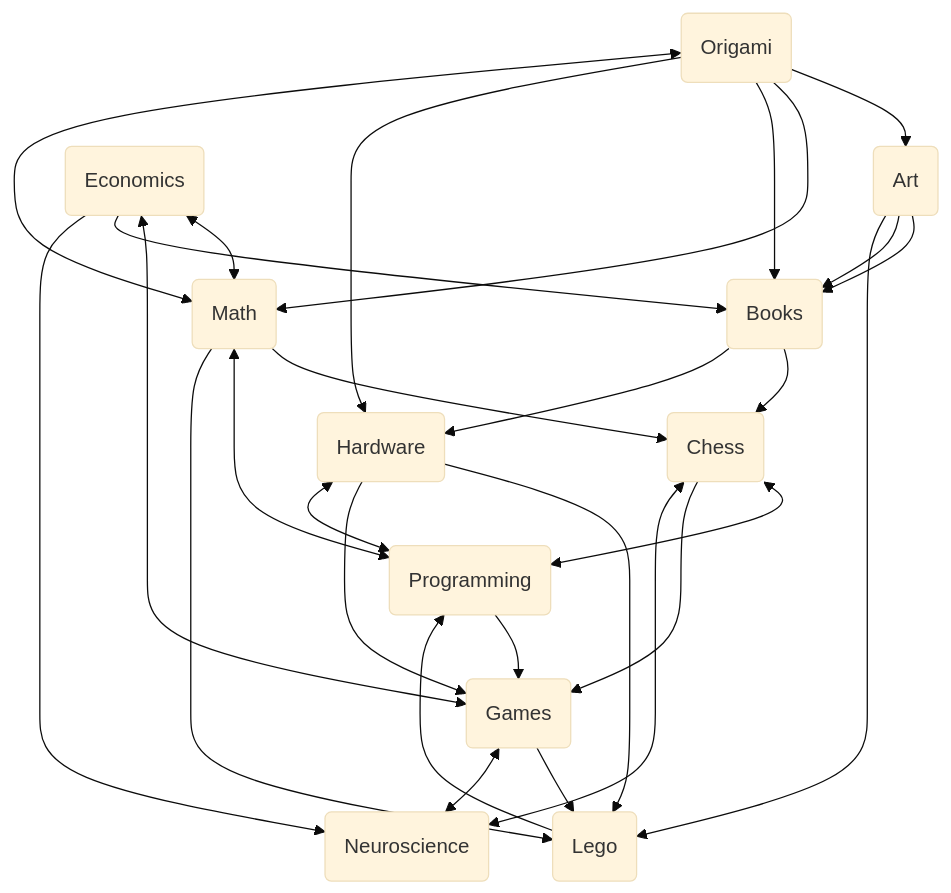
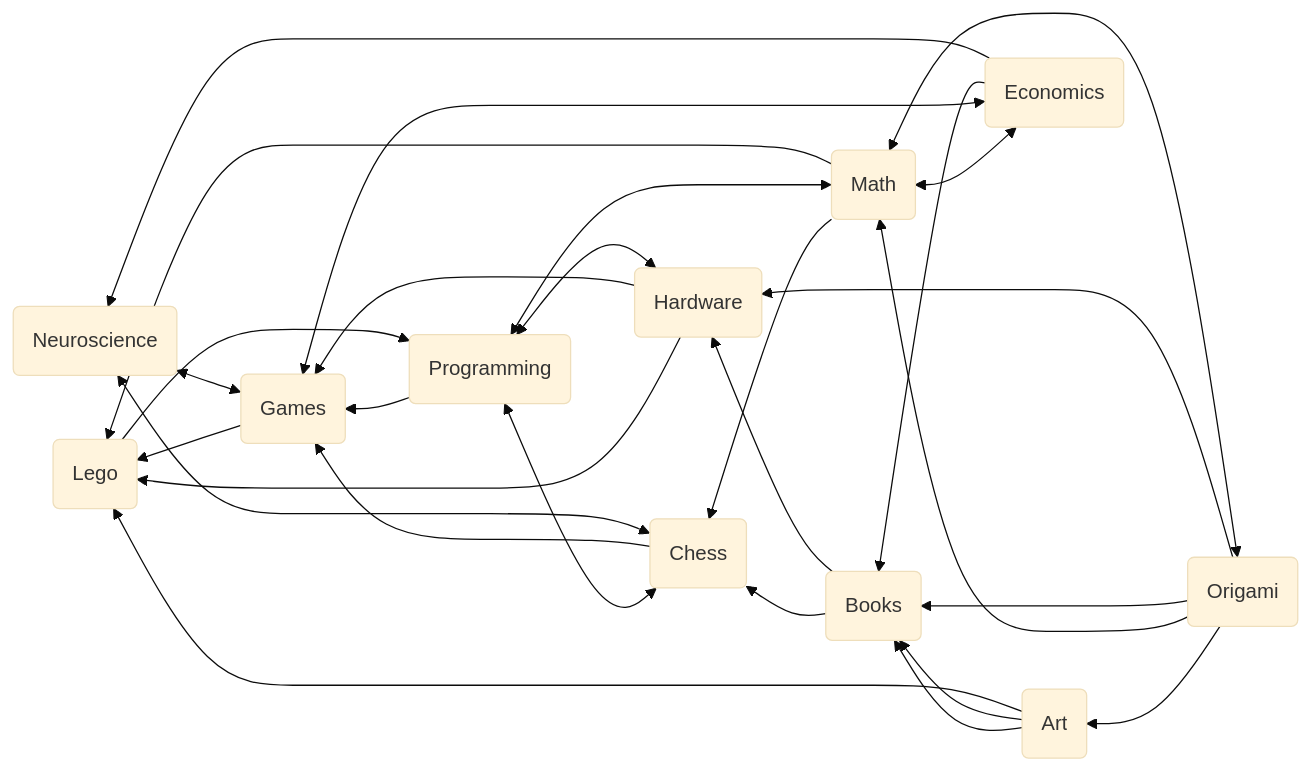
Before and after one commit to Rockroyal305/Rockroyal305: the diagram in README.md, drawn with Mermaid (base theme).

````diff
--- a/README.md
+++ b/README.md
@@ -5,30 +5,31 @@
 ```mermaid
-  flowchart TD;
+  flowchart RL;
     M(Math) --> C(Chess)
     M <--> P(Programming)
     C <--> P
     C & P --> G(Games)
     B(Books)
     A(Art) --> B
     A --> B
     E(Economics) <--> M & G
     B --> C
     E --> B
     A & M & G --> L(Lego)
     L --> P
     H(Hardware) --> L & G
     H <--> P
     B --> H
     C <--> N(Neuroscience)
     G <--> N
     E --> N
     O(Origami) --> A
     O --> M & B & H
     O <--> M
     click A "https://rockroyal305.github.io/Rockroyal.github.io/art.html"
     click C "https://rockroyal305.github.io/Rockroyal.github.io/index.html#chess"
     click L "https://rockroyal305.github.io/Rockroyal.github.io/art.html#lego-concepts"
     click P "https://rockroyal305.github.io/Rockroyal.github.io/index.html#programming--ai"
     click N "https://rockroyal305.github.io/Rockroyal.github.io/index.html#neuroscience"
     click H "https://rockroyal305.github.io/Rockroyal.github.io/index.html#robotics"
+    click O "https://rockroyal305.github.io/Rockroyal.github.io/art.html#origami-creations"
 ```
````
